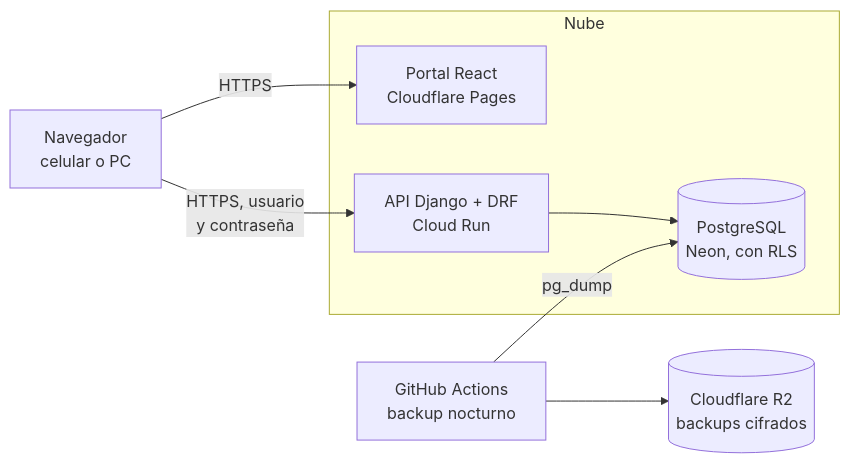
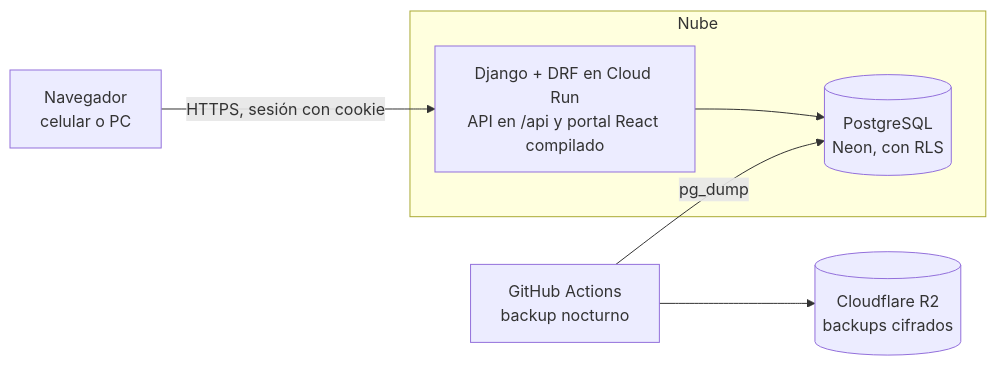
One commit to aleharo2003/floky-cuadernos changed the diagram in docs/diagramas/fuentes/ARQ-02.mmd. Above: the diagram before and after it, drawn with Mermaid. The commit also changed 23 other files, not shown here.

```diff
--- a/docs/diagramas/fuentes/ARQ-02.mmd
+++ b/docs/diagramas/fuentes/ARQ-02.mmd
@@ -1,14 +1,12 @@
 flowchart LR
     Nav["Navegador<br/>celular o PC"]
     subgraph Nube["Nube"]
-        Portal["Portal React<br/>Cloudflare Pages"]
-        API["API Django + DRF<br/>Cloud Run"]
+        App["Django + DRF en Cloud Run<br/>API en /api y portal React compilado"]
         PG[("PostgreSQL<br/>Neon, con RLS")]
     end
     GA["GitHub Actions<br/>backup nocturno"]
     R2[("Cloudflare R2<br/>backups cifrados")]
-    Nav -->|"HTTPS"| Portal
-    Nav -->|"HTTPS, usuario<br/>y contraseña"| API
-    API --> PG
+    Nav -->|"HTTPS, sesión con cookie"| App
+    App --> PG
     GA -->|"pg_dump"| PG
     GA --> R2
```
